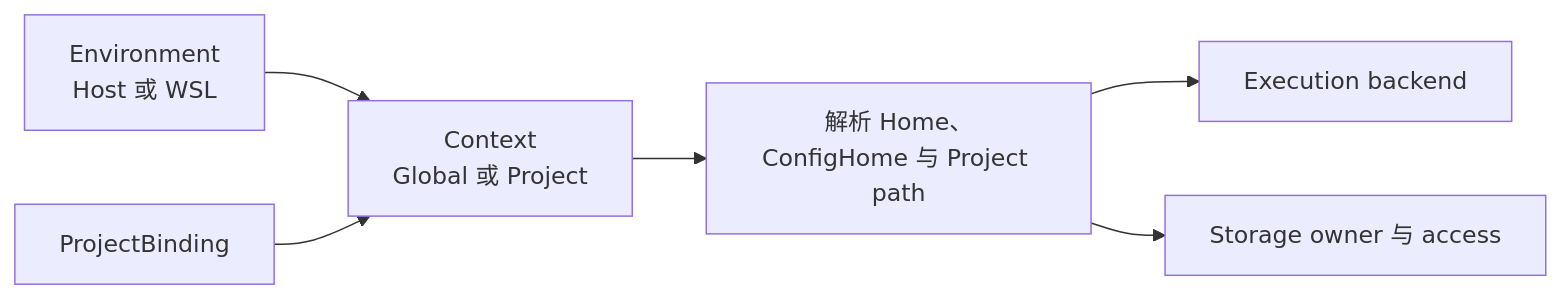
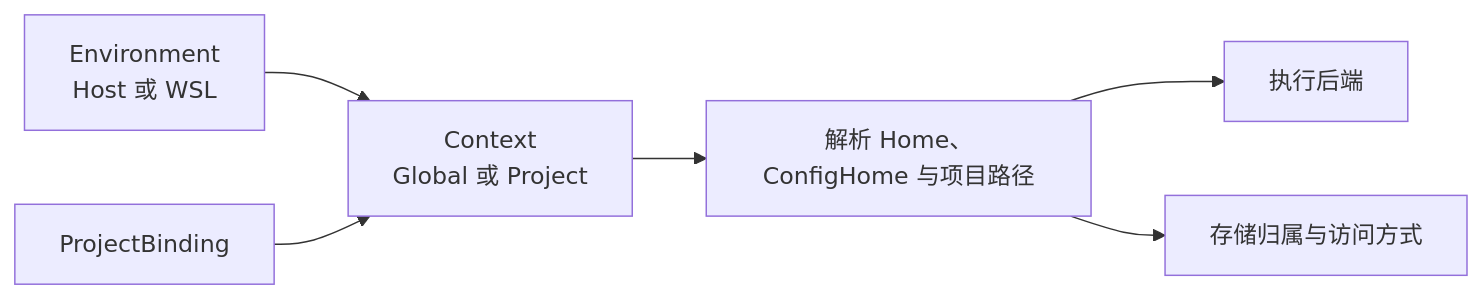
Before and after one commit to Hccake/skill-deck: the diagram in docs/environments-and-contexts.md, drawn with Mermaid. The commit also changed other lines of this file and 3 other files, not shown here.

````diff
--- a/docs/environments-and-contexts.md
+++ b/docs/environments-and-contexts.md
@@ -5,8 +5,8 @@
 ```mermaid
 flowchart LR
     Environment["Environment\nHost 或 WSL"] --> Context["Context\nGlobal 或 Project"]
     Project["ProjectBinding"] --> Context
-    Context --> Resolve["解析 Home、ConfigHome 与 Project path"]
-    Resolve --> Backend["Execution backend"]
-    Resolve --> Storage["Storage owner 与 access"]
+    Context --> Resolve["解析 Home、ConfigHome 与项目路径"]
+    Resolve --> Backend["执行后端"]
+    Resolve --> Storage["存储归属与访问方式"]
 ```
````
